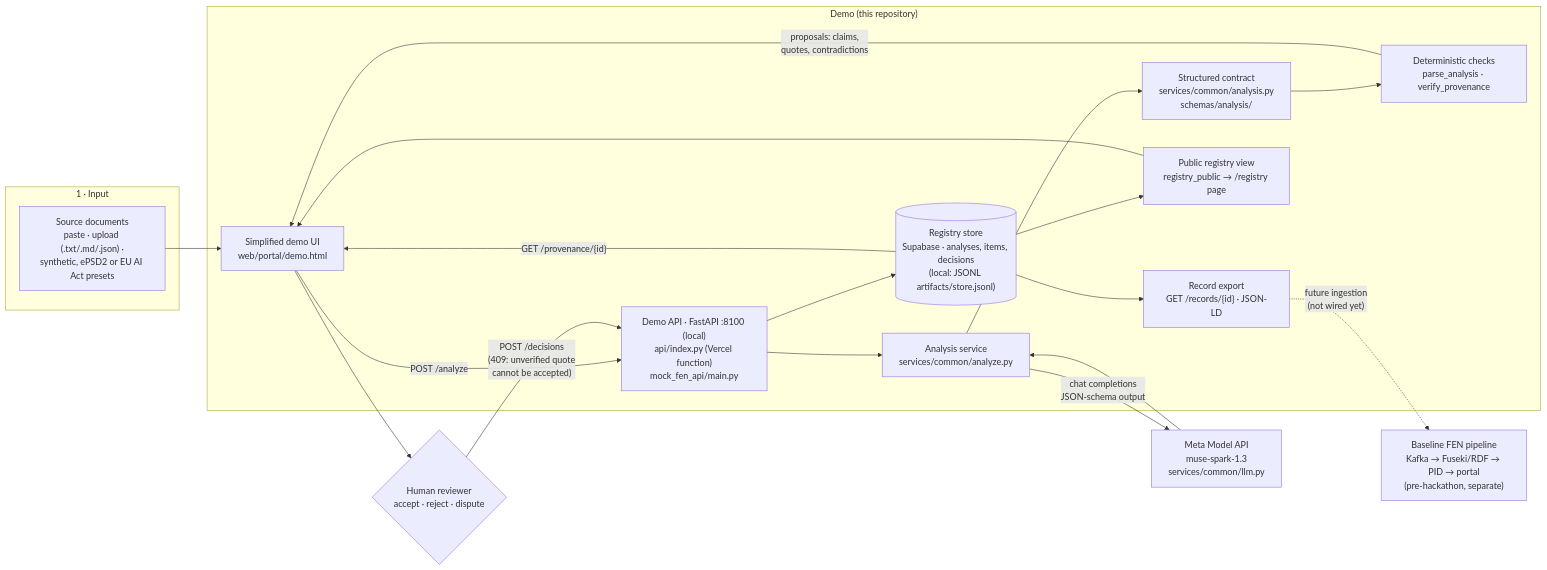
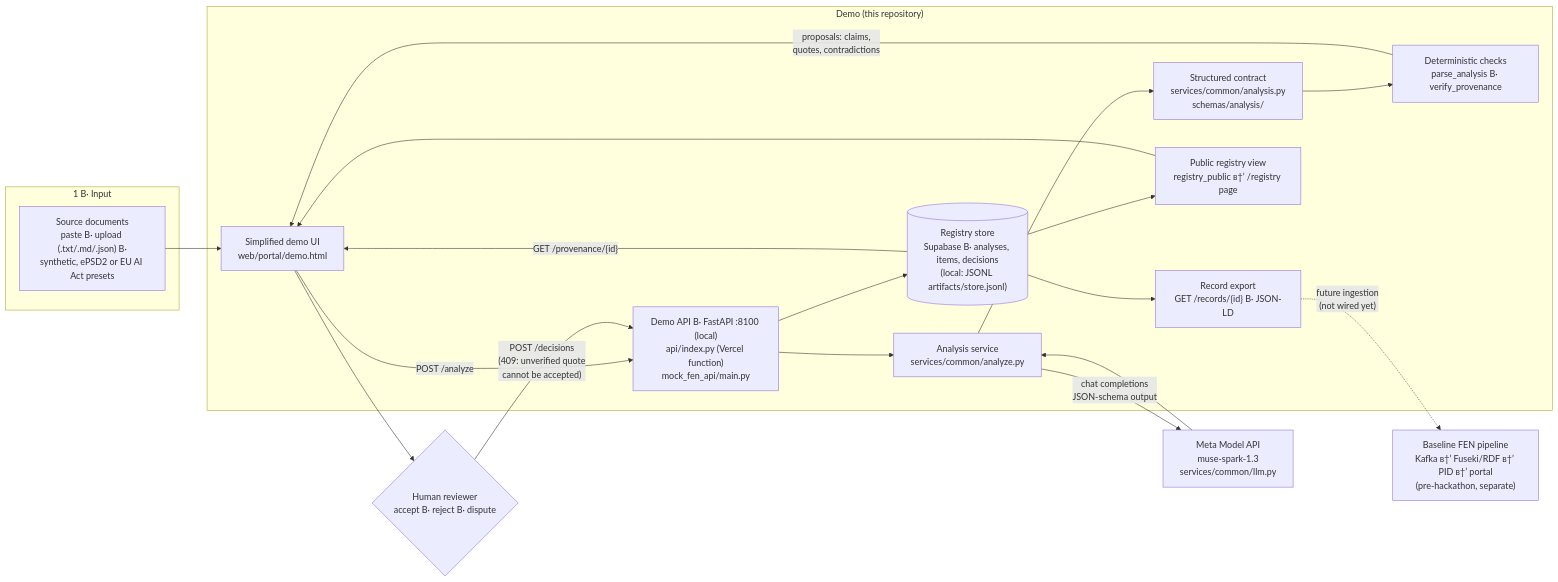
Before and after one commit to riznykst/fen-meta-synthesis: the diagram in README.md, drawn with Mermaid. The commit also changed other lines of this file, not shown here.

````diff
--- a/README.md
+++ b/README.md
@@ -85,32 +85,32 @@
 ```mermaid
 flowchart LR
-    subgraph IN["1 · Input"]
-        DOC["Source documents<br/>paste · upload (.txt/.md/.json) ·<br/>synthetic, ePSD2 or EU AI Act presets"]
+    subgraph IN["1 В· Input"]
+        DOC["Source documents<br/>paste В· upload (.txt/.md/.json) В·<br/>synthetic, ePSD2 or EU AI Act presets"]
     end
     subgraph DEMO["Demo (this repository)"]
         UI["Simplified demo UI<br/>web/portal/demo.html"]
-        API["Demo API · FastAPI :8100 (local)<br/>api/index.py (Vercel function)<br/>mock_fen_api/main.py"]
+        API["Demo API В· FastAPI :8100 (local)<br/>api/index.py (Vercel function)<br/>mock_fen_api/main.py"]
         SVC["Analysis service<br/>services/common/analyze.py"]
         CONTRACT["Structured contract<br/>services/common/analysis.py<br/>schemas/analysis/"]
-        CHECK["Deterministic checks<br/>parse_analysis · verify_provenance"]
-        STORE[("Registry store<br/>Supabase · analyses, items, decisions<br/>(local: JSONL artifacts/store.jsonl)")]
-        EXP["Record export<br/>GET /records/{id} · JSON-LD"]
-        REG["Public registry view<br/>registry_public → /registry page"]
+        CHECK["Deterministic checks<br/>parse_analysis В· verify_provenance"]
+        STORE[("Registry store<br/>Supabase В· analyses, items, decisions<br/>(local: JSONL artifacts/store.jsonl)")]
+        EXP["Record export<br/>GET /records/{id} В· JSON-LD"]
+        REG["Public registry view<br/>registry_public в†’ /registry page"]
     end
     META["Meta Model API<br/>muse-spark-1.3<br/>services/common/llm.py"]
-    HUMAN{"Human reviewer<br/>accept · reject · dispute"}
-    BASE["Baseline FEN pipeline<br/>Kafka → Fuseki/RDF → PID → portal<br/>(pre-hackathon, separate)"]
+    HUMAN{"Human reviewer<br/>accept В· reject В· dispute"}
+    BASE["Baseline FEN pipeline<br/>Kafka в†’ Fuseki/RDF в†’ PID в†’ portal<br/>(pre-hackathon, separate)"]
 
     DOC --> UI
     UI -->|"POST /analyze"| API --> SVC
     SVC -->|"chat completions<br/>JSON-schema output"| META --> SVC
     SVC --> CONTRACT --> CHECK
     CHECK -->|"proposals: claims,<br/>quotes, contradictions"| UI
     UI --> HUMAN
     HUMAN -->|"POST /decisions<br/>(409: unverified quote<br/>cannot be accepted)"| API
     API --> STORE
     STORE --> REG --> UI
     STORE --> EXP
     STORE -->|"GET /provenance/{id}"| UI
     EXP -.->|"future ingestion<br/>(not wired yet)"| BASE
 ```
````
